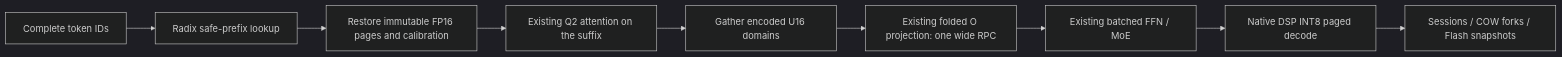
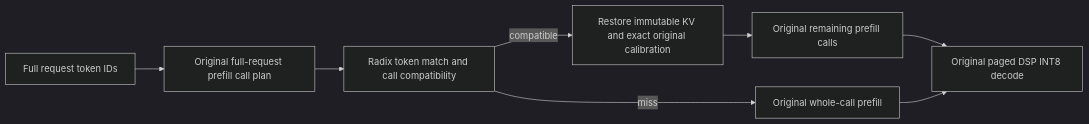
The diagram in docs/gemma4-htp-radix-prefix.md (nntrainer/nntrainer), drawn with Mermaid (dark theme) before and after one commit. The commit also changed other lines of this file and 3 other files, not shown here.

First line of the commit message:
[docs] Record original q8 radix validation and operating limits

````diff
--- a/docs/gemma4-htp-radix-prefix.md
+++ b/docs/gemma4-htp-radix-prefix.md
@@ -36,11 +51,10 @@
 ```mermaid
 flowchart LR
-  I[Complete token IDs] --> R[Radix safe-prefix lookup]
-  R --> P[Restore immutable FP16 pages and calibration]
-  P --> Q[Existing Q2 attention on the suffix]
-  Q --> U[Gather encoded U16 domains]
-  U --> O[Existing folded O projection: one wide RPC]
-  O --> M[Existing batched FFN / MoE]
-  M --> D[Native DSP INT8 paged decode]
-  D --> S[Sessions / COW forks / Flash snapshots]
+  I[Full request token IDs] --> C[Original full-request prefill call plan]
+  C --> R[Radix token match and call compatibility]
+  R -->|compatible| P[Restore immutable KV and exact original calibration]
+  R -->|miss| F[Original whole-call prefill]
+  P --> S[Original remaining prefill calls]
+  S --> D[Original paged DSP INT8 decode]
+  F --> D
 ```
````
